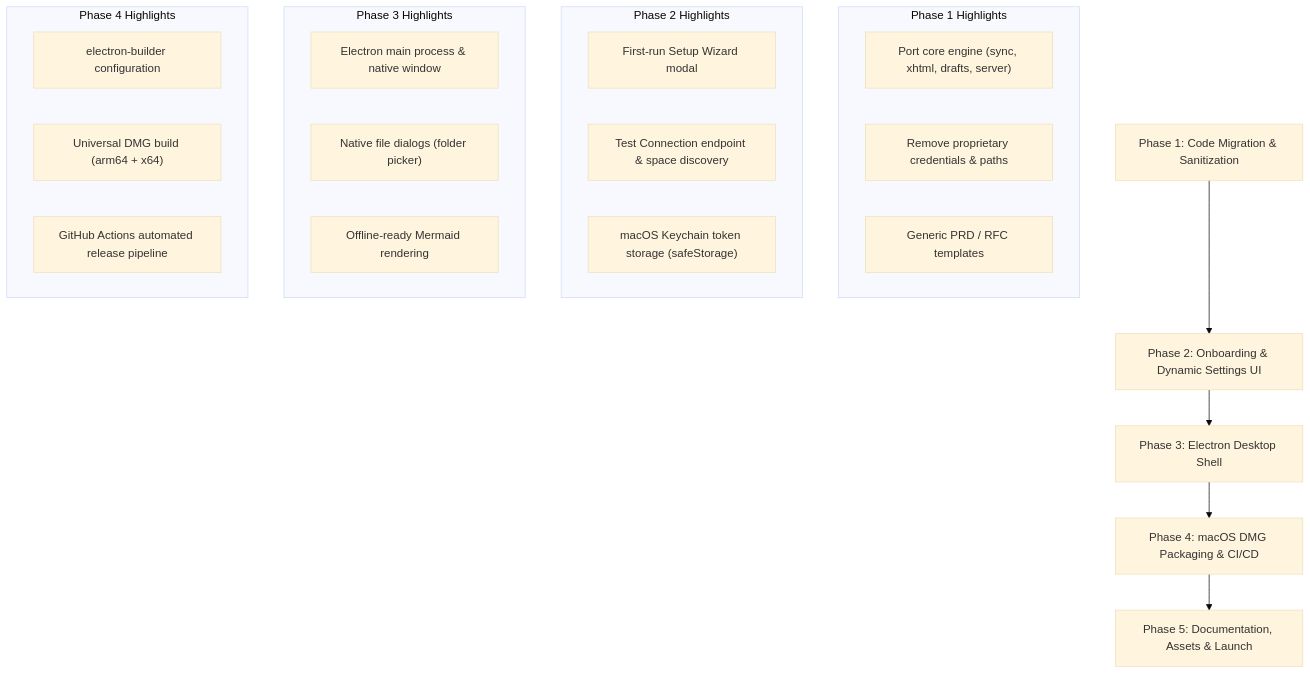
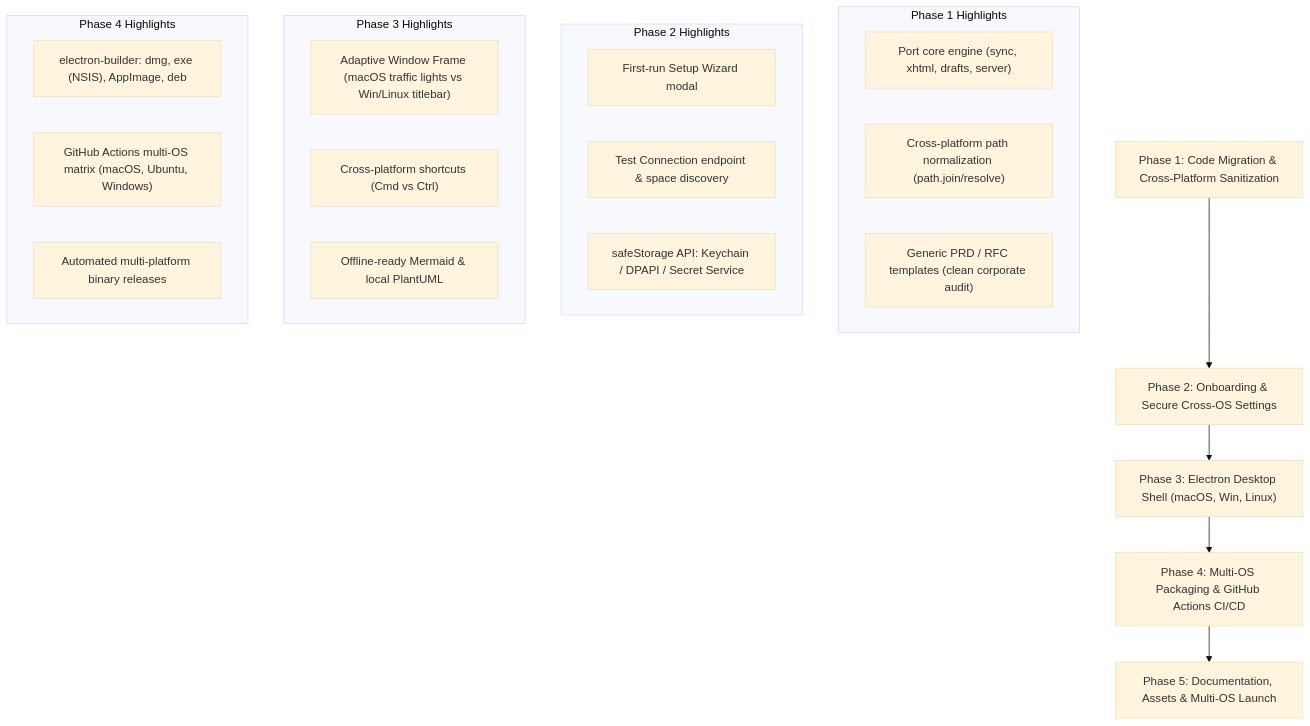
Before and after one commit to muhakmal/conote-for-confluence: the diagram in IMPLEMENTATION_PLAN.md, drawn with Mermaid (base theme). The commit also changed other lines of this file and 1 other file, not shown here.

Commit message:
docs: add Windows and Linux cross-platform support to implementation plan and readme

````diff
--- a/IMPLEMENTATION_PLAN.md
+++ b/IMPLEMENTATION_PLAN.md
@@ -21,31 +22,31 @@
 ```mermaid
 flowchart TD
-    P1["Phase 1: Code Migration & Sanitization"] --> P2["Phase 2: Onboarding & Dynamic Settings UI"]
-    P2 --> P3["Phase 3: Electron Desktop Shell"]
-    P3 --> P4["Phase 4: macOS DMG Packaging & CI/CD"]
-    P4 --> P5["Phase 5: Documentation, Assets & Launch"]
+    P1["Phase 1: Code Migration & Cross-Platform Sanitization"] --> P2["Phase 2: Onboarding & Secure Cross-OS Settings"]
+    P2 --> P3["Phase 3: Electron Desktop Shell (macOS, Win, Linux)"]
+    P3 --> P4["Phase 4: Multi-OS Packaging & GitHub Actions CI/CD"]
+    P4 --> P5["Phase 5: Documentation, Assets & Multi-OS Launch"]
 
     subgraph P1_Details["Phase 1 Highlights"]
         P1A["Port core engine (sync, xhtml, drafts, server)"]
-        P1B["Remove proprietary credentials & paths"]
-        P1C["Generic PRD / RFC templates"]
+        P1B["Cross-platform path normalization (path.join/resolve)"]
+        P1C["Generic PRD / RFC templates (clean corporate audit)"]
     end
 
     subgraph P2_Details["Phase 2 Highlights"]
         P2A["First-run Setup Wizard modal"]
         P2B["Test Connection endpoint & space discovery"]
-        P2C["macOS Keychain token storage (safeStorage)"]
+        P2C["safeStorage API: Keychain / DPAPI / Secret Service"]
     end
 
     subgraph P3_Details["Phase 3 Highlights"]
-        P3A["Electron main process & native window"]
-        P3B["Native file dialogs (folder picker)"]
-        P3C["Offline-ready Mermaid rendering"]
+        P3A["Adaptive Window Frame (macOS traffic lights vs Win/Linux titlebar)"]
+        P3B["Cross-platform shortcuts (Cmd vs Ctrl)"]
+        P3C["Offline-ready Mermaid & local PlantUML"]
     end
 
     subgraph P4_Details["Phase 4 Highlights"]
-        P4A["electron-builder configuration"]
-        P4B["Universal DMG build (arm64 + x64)"]
-        P4C["GitHub Actions automated release pipeline"]
+        P4A["electron-builder: dmg, exe (NSIS), AppImage, deb"]
+        P4B["GitHub Actions multi-OS matrix (macOS, Ubuntu, Windows)"]
+        P4C["Automated multi-platform binary releases"]
     end
 ```
````
